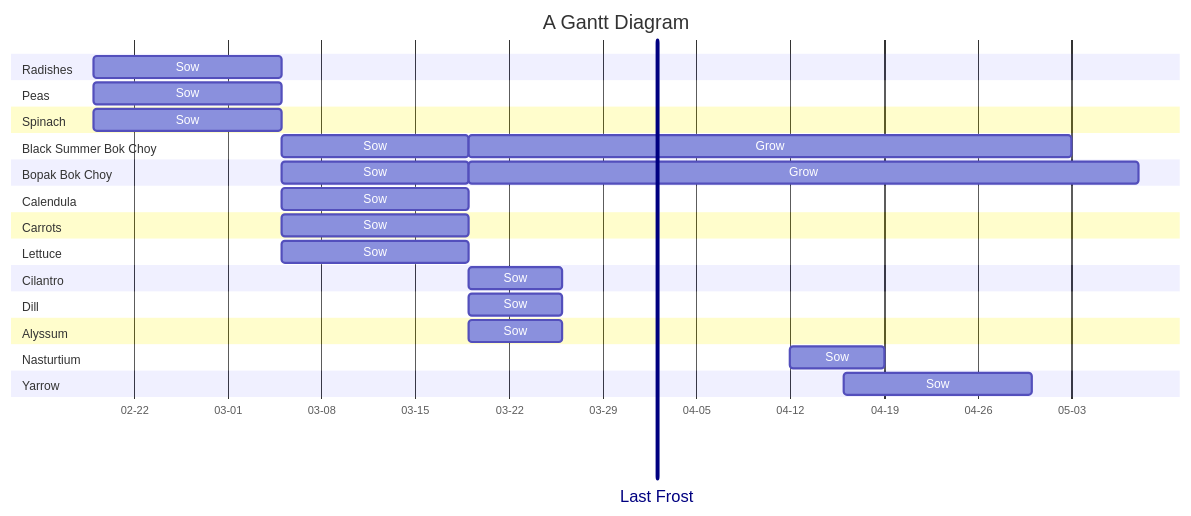
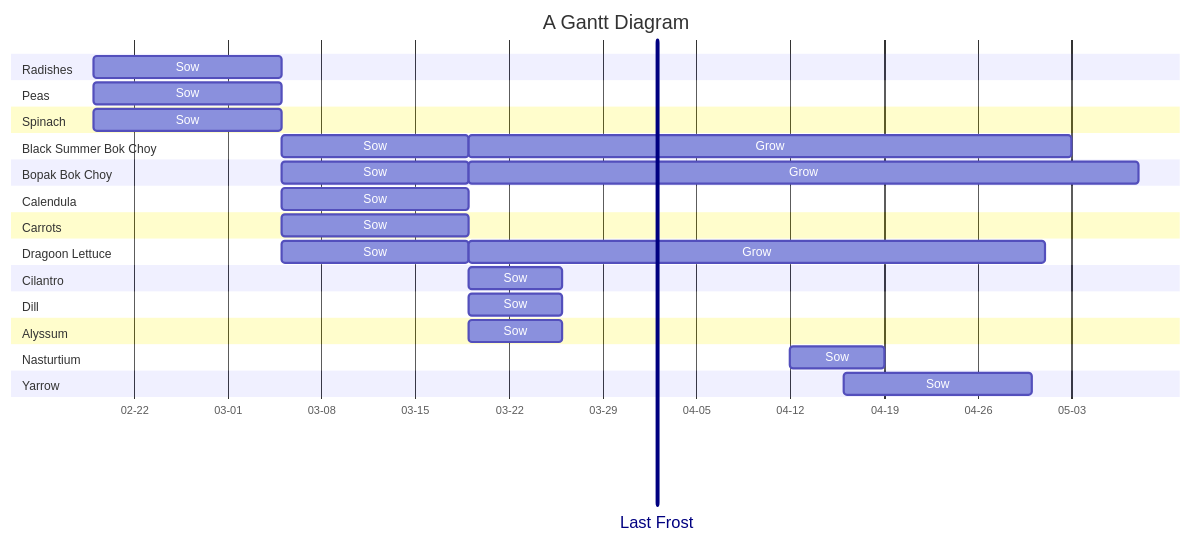
The diagram in 2026-planting-schedule.md (bjenning04/foam), drawn with Mermaid before and after one commit.

Commit message:
Feb 21, 2026, 8:58 PM

````diff
--- a/2026-planting-schedule.md
+++ b/2026-planting-schedule.md
@@ -3,38 +3,39 @@
 ```mermaid
 ---
 displayMode: compact
 ---
 gantt
     title A Gantt Diagram
     dateFormat YYYY-MM-DD
     axisFormat %m-%d
     Last Frost: vert, v1, 2026-04-02,
     Section Radishes
         Sow: 2026-02-19, 14d
     Section Peas
         Sow: 2026-02-19, 14d
     Section Spinach
         Sow: 2026-02-19, 14d
     Section Black Summer Bok Choy
         Sow: 2026-03-05, 14d
         Grow: 2026-03-19, 45d
     Section Bopak Bok Choy
         Sow: 2026-03-05, 14d
         Grow: 2026-03-19, 50d
     Section Calendula
         Sow: 2026-03-05, 14d
     Section Carrots
         Sow: 2026-03-05, 14d
-    Section Lettuce
+    Section Dragoon Lettuce
         Sow: 2026-03-05, 14d
+        Grow: 2026-03-19, 43d
     Section Cilantro
         Sow: 2026-03-19, 7d
     Section Dill
         Sow: 2026-03-19, 7d
     Section Alyssum
         Sow: 2026-03-19, 7d
     Section Nasturtium
         Sow: 2026-04-12, 7d
     Section Yarrow
         Sow: 2026-04-16, 14d
 ```
````
